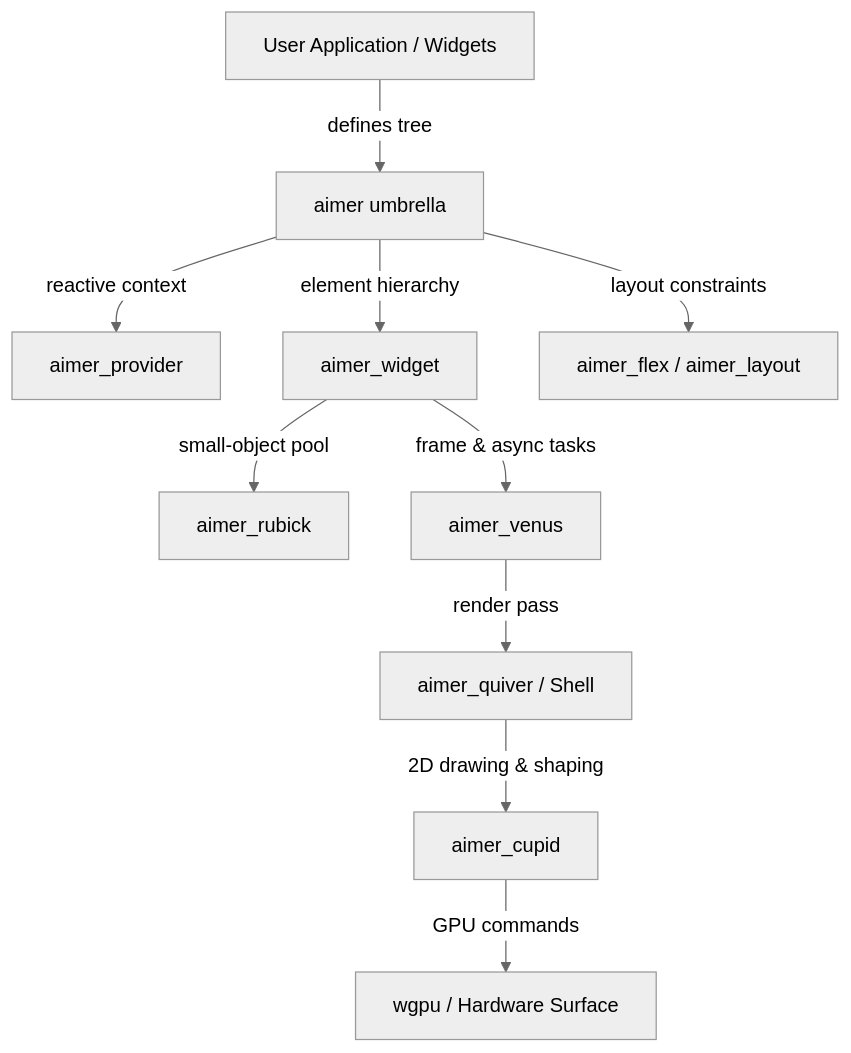
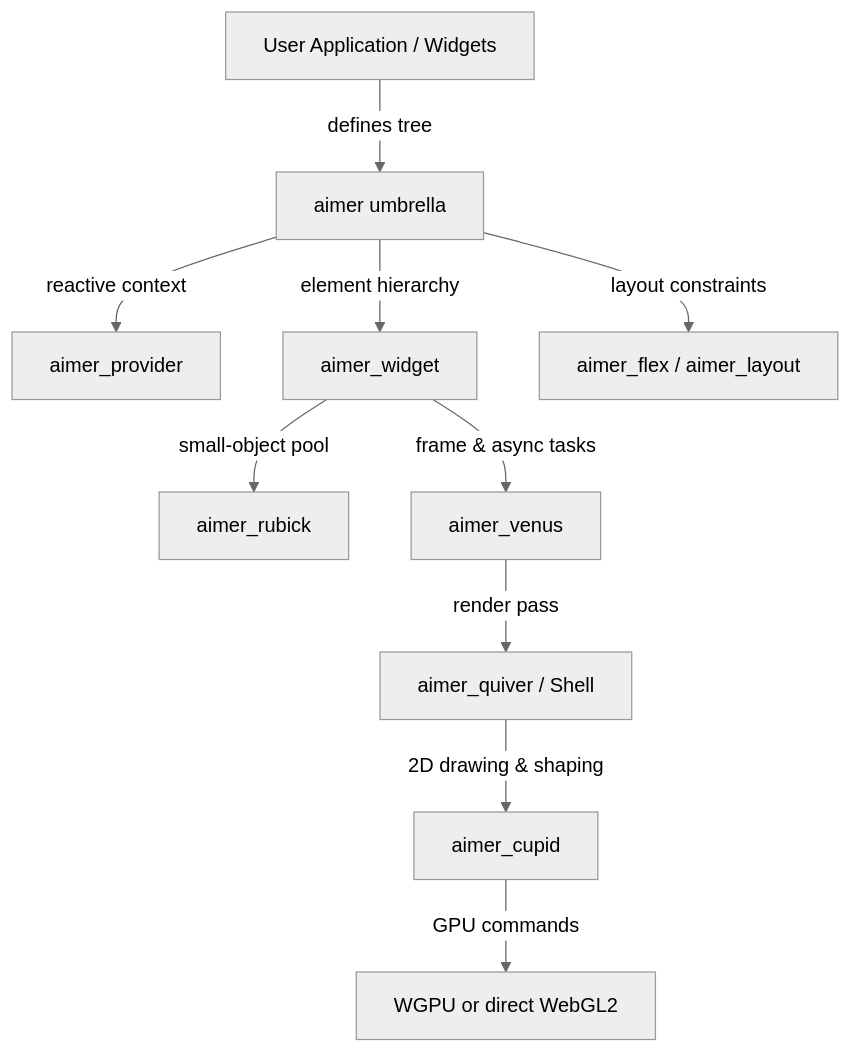
The diagram in README.md (Cottons29/aimer), drawn with Mermaid (neutral theme) before and after one commit. The commit also changed other lines of this file and 16 other files, not shown here.

Commit message:
Add direct WebGL2 backend and fix instance uploads

````diff
--- a/README.md
+++ b/README.md
@@ -288,14 +288,14 @@
 ```mermaid
 flowchart TD
     App[User Application / Widgets] -->|defines tree| Aimer[aimer umbrella]
     Aimer -->|reactive context| Provider[aimer_provider]
     Aimer -->|element hierarchy| WidgetEngine[aimer_widget]
     Aimer -->|layout constraints| FlexLayout[aimer_flex / aimer_layout]
 
     WidgetEngine -->|small-object pool| Rubick[aimer_rubick]
     WidgetEngine -->|frame & async tasks| Venus[aimer_venus]
 
     Venus -->|render pass| Quiver[aimer_quiver / Shell]
     Quiver -->|2D drawing & shaping| Cupid[aimer_cupid]
-    Cupid -->|GPU commands| WGPU[wgpu / Hardware Surface]
+    Cupid -->|GPU commands| GPU[WGPU or direct WebGL2]
 ```
````
